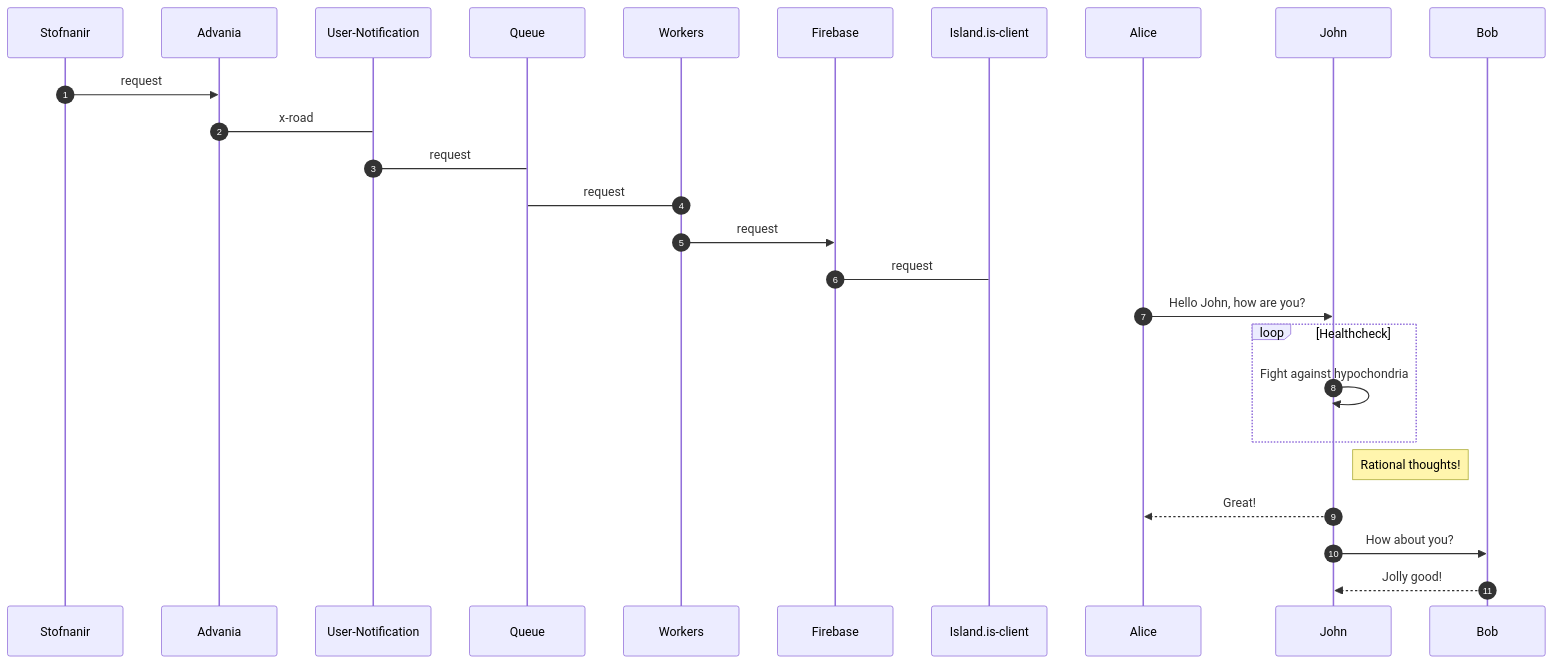
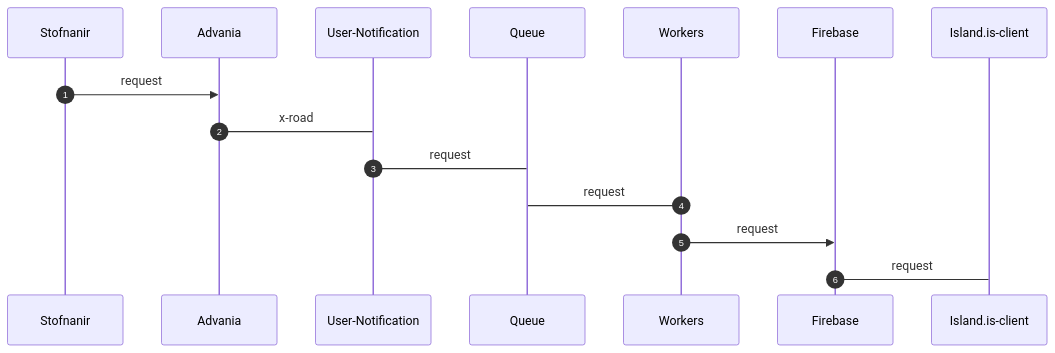
The diagram in hnipp.md (rafnarnason/bookish-fiesta), drawn with Mermaid before and after one commit.

````diff
--- a/hnipp.md
+++ b/hnipp.md
@@ -1,20 +1,13 @@
 ```mermaid
 sequenceDiagram
     autonumber
     Stofnanir->>Advania:request
     Advania->User-Notification:x-road
     User-Notification->Queue:request
     Workers->Queue:request
     Workers->>Firebase:request
     Firebase->Island.is-client:request
     
     
-    Alice->>John: Hello John, how are you?
-    loop Healthcheck
-        John->>John: Fight against hypochondria
-    end
-    Note right of John: Rational thoughts!
-    John-->>Alice: Great!
-    John->>Bob: How about you?
-    Bob-->>John: Jolly good!
+   
 ```
````
